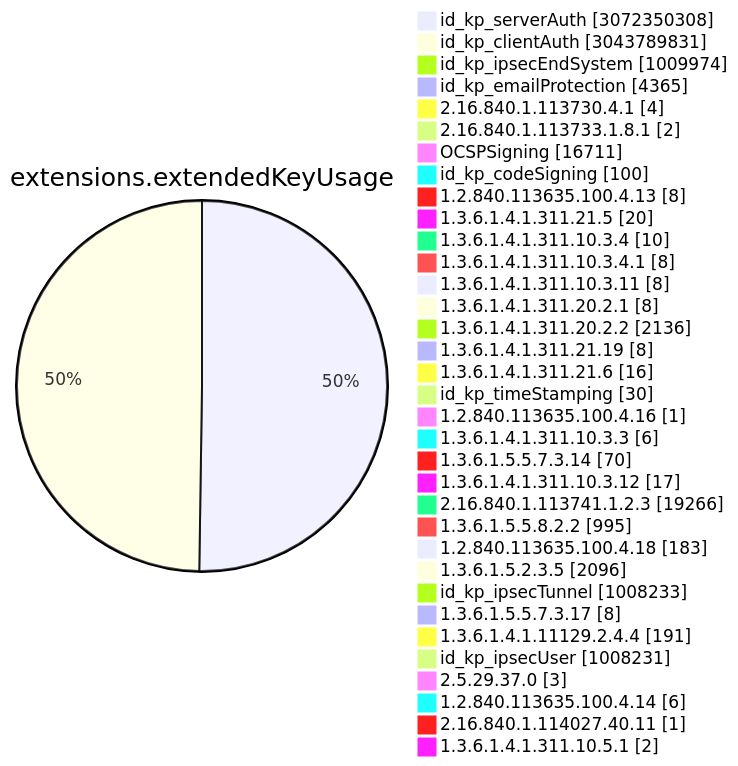
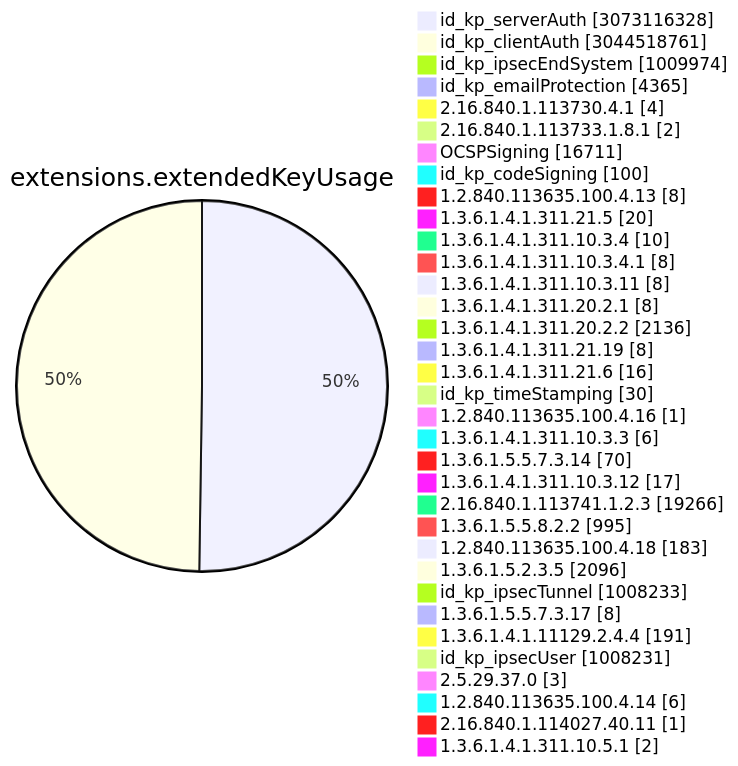
Diagram 11 of 15 in TOTAL/README.md (christiankrug/ctmonitor_visualization), drawn with Mermaid before and after one commit. The commit also changed other lines of this file, not shown here.

````diff
--- a/TOTAL/README.md
+++ b/TOTAL/README.md
@@ -4117,38 +4117,38 @@
 ```mermaid
 pie showData
 title extensions.extendedKeyUsage
-"id_kp_serverAuth" :3072350308
-"id_kp_clientAuth" :3043789831
+"id_kp_serverAuth" :3073116328
+"id_kp_clientAuth" :3044518761
 "id_kp_ipsecEndSystem" :1009974
 "id_kp_emailProtection" :4365
 "2.16.840.1.113730.4.1" :4
 "2.16.840.1.113733.1.8.1" :2
 "OCSPSigning" :16711
 "id_kp_codeSigning" :100
 "1.2.840.113635.100.4.13" :8
 "1.3.6.1.4.1.311.21.5" :20
 "1.3.6.1.4.1.311.10.3.4" :10
 "1.3.6.1.4.1.311.10.3.4.1" :8
 "1.3.6.1.4.1.311.10.3.11" :8
 "1.3.6.1.4.1.311.20.2.1" :8
 "1.3.6.1.4.1.311.20.2.2" :2136
 "1.3.6.1.4.1.311.21.19" :8
 "1.3.6.1.4.1.311.21.6" :16
 "id_kp_timeStamping" :30
 "1.2.840.113635.100.4.16" :1
 "1.3.6.1.4.1.311.10.3.3" :6
 "1.3.6.1.5.5.7.3.14" :70
 "1.3.6.1.4.1.311.10.3.12" :17
 "2.16.840.1.113741.1.2.3" :19266
 "1.3.6.1.5.5.8.2.2" :995
 "1.2.840.113635.100.4.18" :183
 "1.3.6.1.5.2.3.5" :2096
 "id_kp_ipsecTunnel" :1008233
 "1.3.6.1.5.5.7.3.17" :8
 "1.3.6.1.4.1.11129.2.4.4" :191
 "id_kp_ipsecUser" :1008231
 "2.5.29.37.0" :3
 "1.2.840.113635.100.4.14" :6
 "2.16.840.1.114027.40.11" :1
 "1.3.6.1.4.1.311.10.5.1" :2
 ```
````
